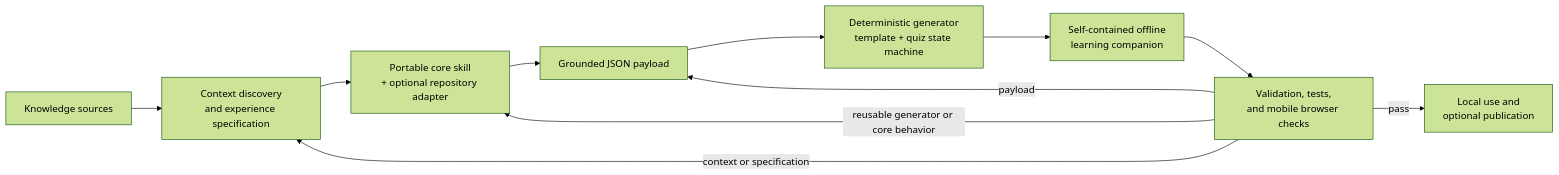
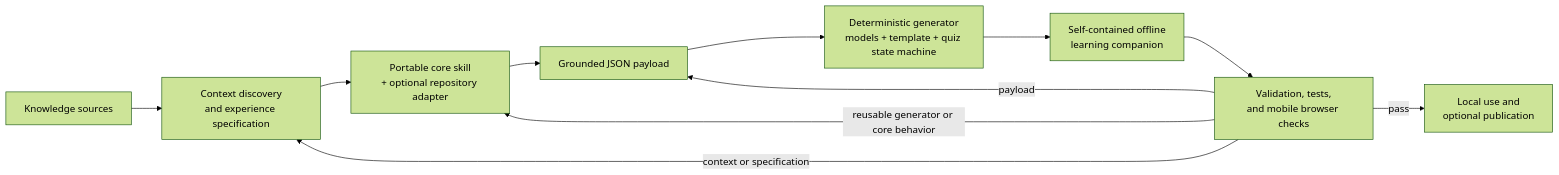
One commit to DerAndr/machine_learning_course_basics changed the diagram in docs/learning-companions-architecture.md. Above: the diagram before and after it, drawn with Mermaid (forest theme). The commit also changed other lines of this file and 7 other files, not shown here.

````diff
--- a/docs/learning-companions-architecture.md
+++ b/docs/learning-companions-architecture.md
@@ -54,13 +54,13 @@
 ```mermaid
 flowchart LR
     K["Knowledge sources"] --> C["Context discovery<br/>and experience specification"]
     C --> S["Portable core skill<br/>+ optional repository adapter"]
     S --> P["Grounded JSON payload"]
-    P --> G["Deterministic generator<br/>template + quiz state machine"]
+    P --> G["Deterministic generator<br/>models + template + quiz state machine"]
     G --> A["Self-contained offline<br/>learning companion"]
     A --> V["Validation, tests,<br/>and mobile browser checks"]
     V -->|pass| D["Local use and<br/>optional publication"]
     V -->|context or specification| C
     V -->|payload| P
     V -->|reusable generator or core behavior| S
 ```
````
